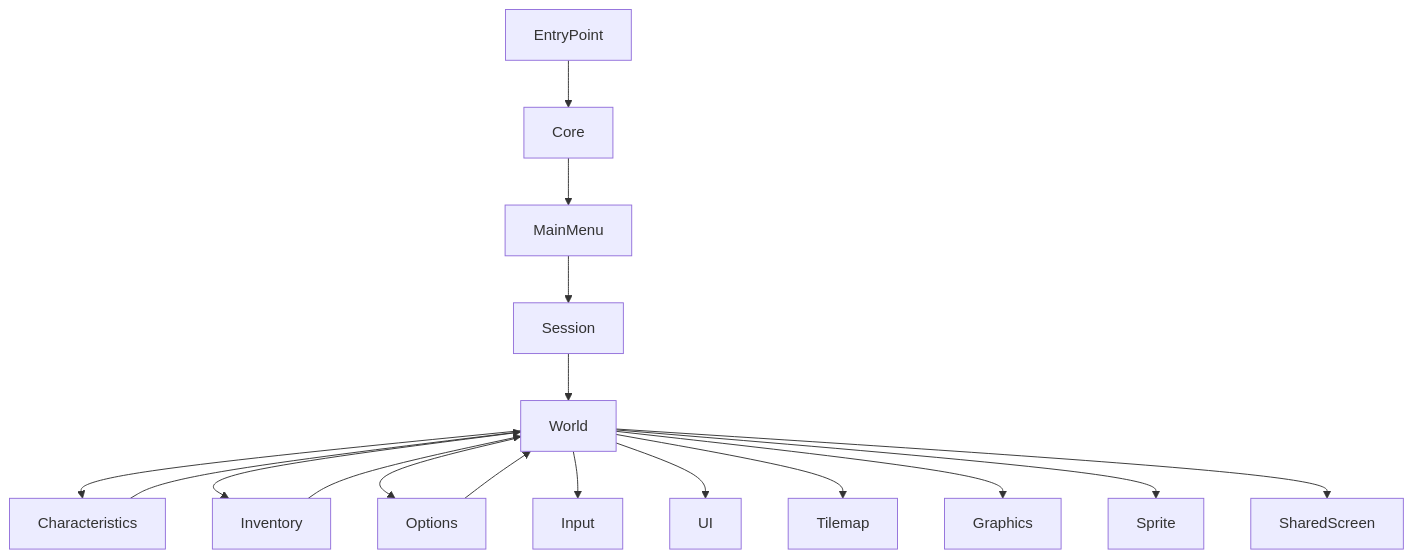
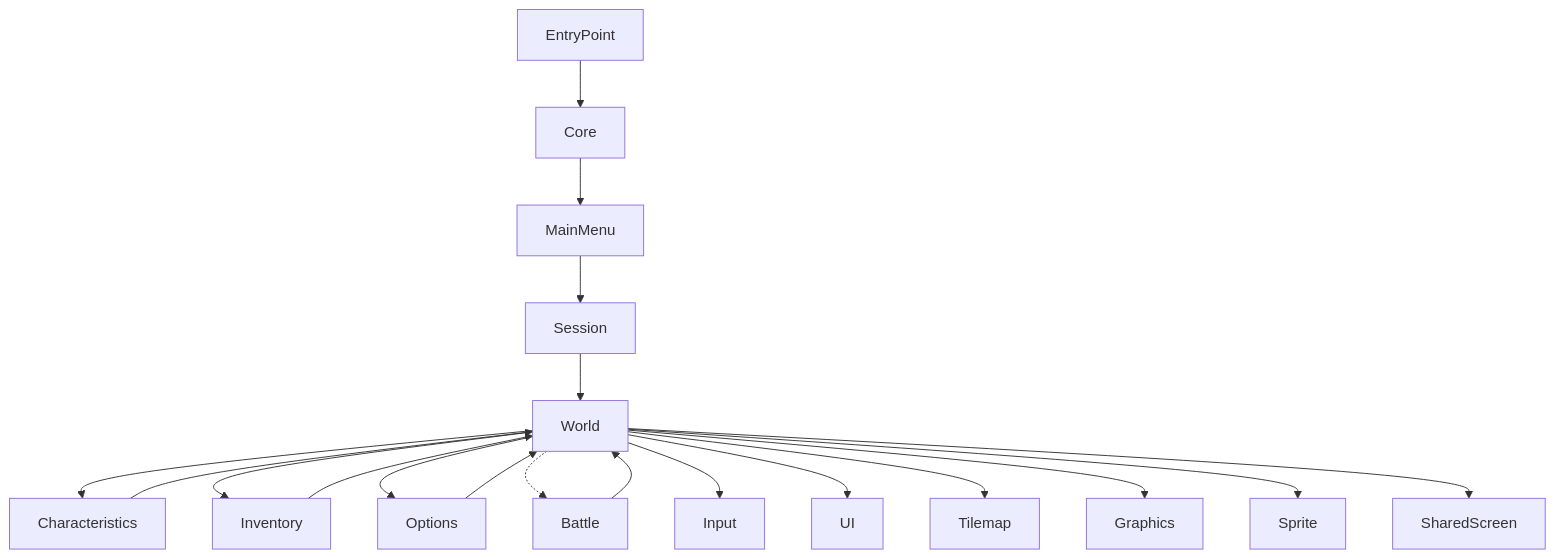
Before and after one commit to DeadlyKom/HoMM: the diagram in Docs/Architecture/04_Source_Runtime_and_Modules.md, drawn with Mermaid. The commit also changed other lines of this file and 84 other files, not shown here.

````diff
--- a/Docs/Architecture/04_Source_Runtime_and_Modules.md
+++ b/Docs/Architecture/04_Source_Runtime_and_Modules.md
@@ -352,20 +355,22 @@
 ```mermaid
 flowchart TD
     EntryPoint --> Core
     Core --> MainMenu
     MainMenu --> Session
     Session --> World
     World --> Characteristics
     World --> Inventory
     World --> Options
+    World -.-> Battle
     Characteristics --> World
     Inventory --> World
     Options --> World
+    Battle --> World
 
     World --> Input
     World --> UI
     World --> Tilemap
     World --> Graphics
     World --> Sprite
     World --> SharedScreen
 ```
````
